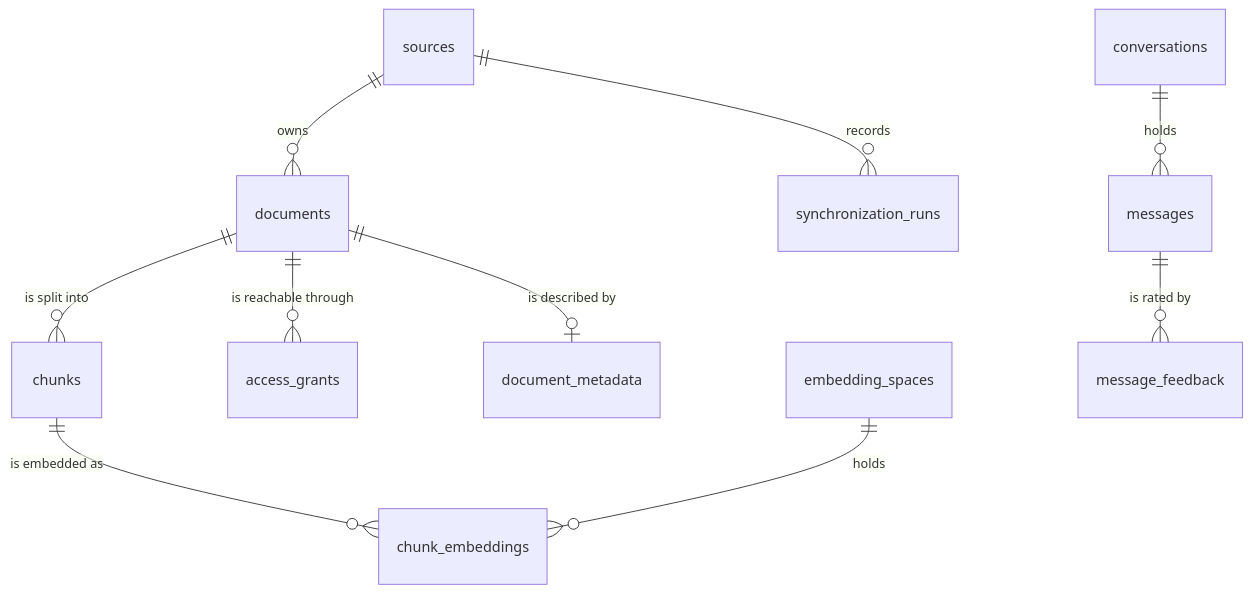
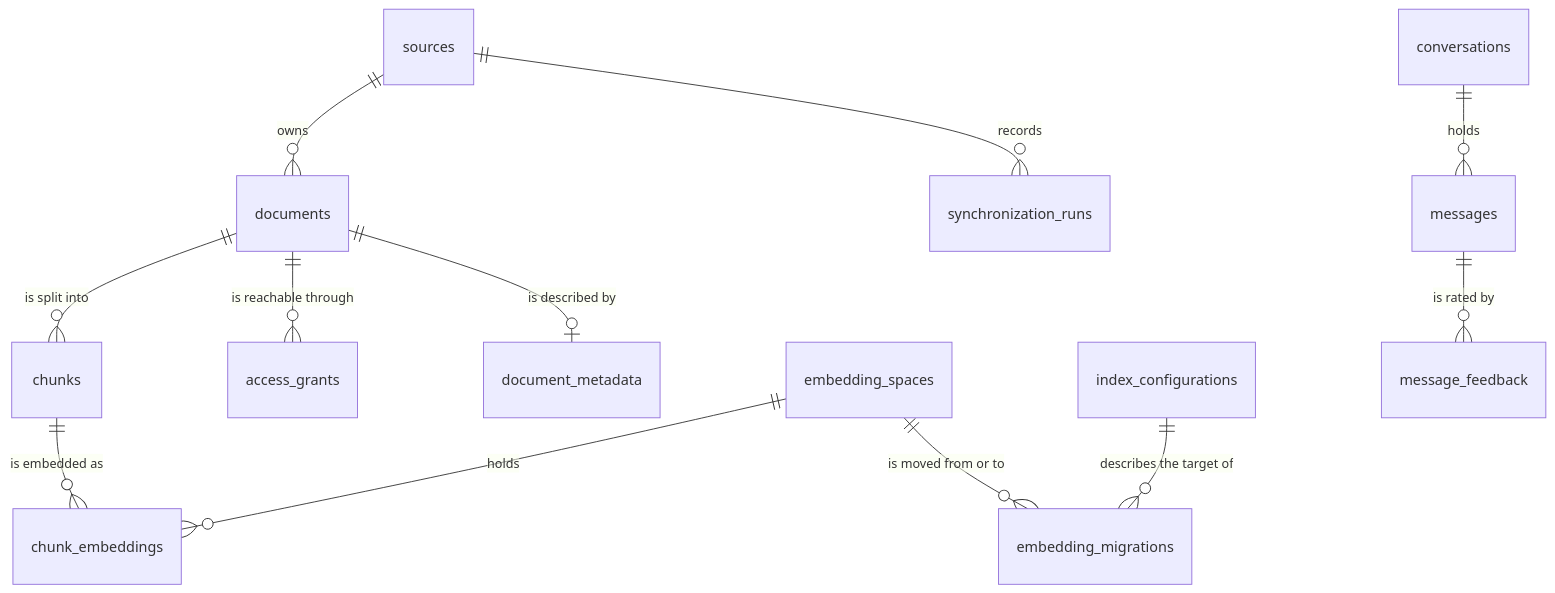
The third of 9 diagrams in docs/architecture.md (ivanverenich/knowledge-service), drawn with Mermaid before and after one commit. The commit also changed other lines of this file and 15 other files, not shown here.

First line of the commit message:
Implement embedding migration functionality and related database schema updates

````diff
--- a/docs/architecture.md
+++ b/docs/architecture.md
@@ -70,12 +70,14 @@
 ```mermaid
 erDiagram
     sources ||--o{ documents : "owns"
     sources ||--o{ synchronization_runs : "records"
     documents ||--o{ chunks : "is split into"
     documents ||--o{ access_grants : "is reachable through"
     documents ||--o| document_metadata : "is described by"
     chunks ||--o{ chunk_embeddings : "is embedded as"
     embedding_spaces ||--o{ chunk_embeddings : "holds"
+    embedding_spaces ||--o{ embedding_migrations : "is moved from or to"
+    index_configurations ||--o{ embedding_migrations : "describes the target of"
     conversations ||--o{ messages : "holds"
     messages ||--o{ message_feedback : "is rated by"
 ```
````
